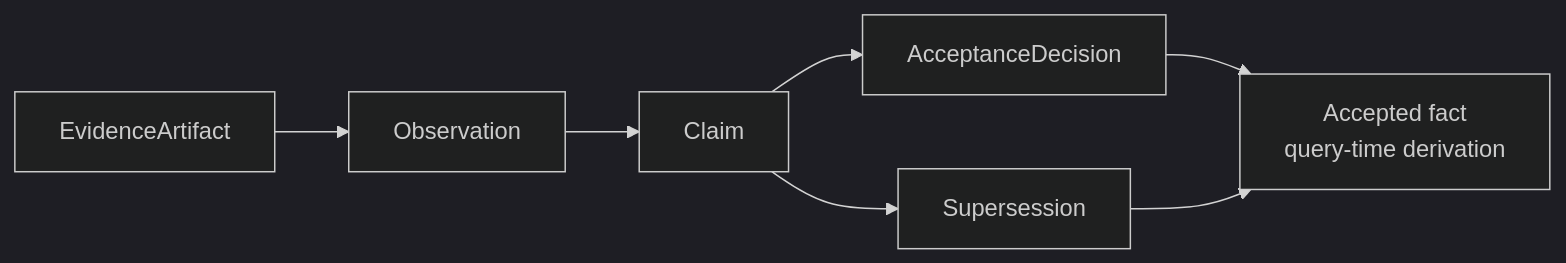
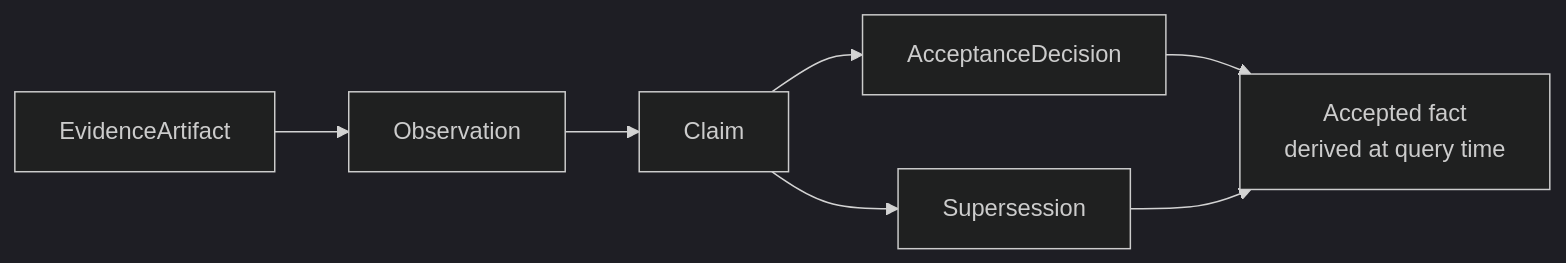
Before and after one commit to innocarpe/CarpeOS: the first of 3 diagrams in README.md, drawn with Mermaid (dark theme). The commit also changed other lines of this file and 2 other files, not shown here.

````diff
--- a/README.md
+++ b/README.md
@@ -85,9 +84,9 @@
 ```mermaid
 flowchart LR
   E[EvidenceArtifact] --> O[Observation]
   O --> C[Claim]
   C --> A[AcceptanceDecision]
   C --> S[Supersession]
-  A --> F[Accepted fact<br/>query-time derivation]
+  A --> F[Accepted fact<br/>derived at query time]
   S --> F
 ```
````
